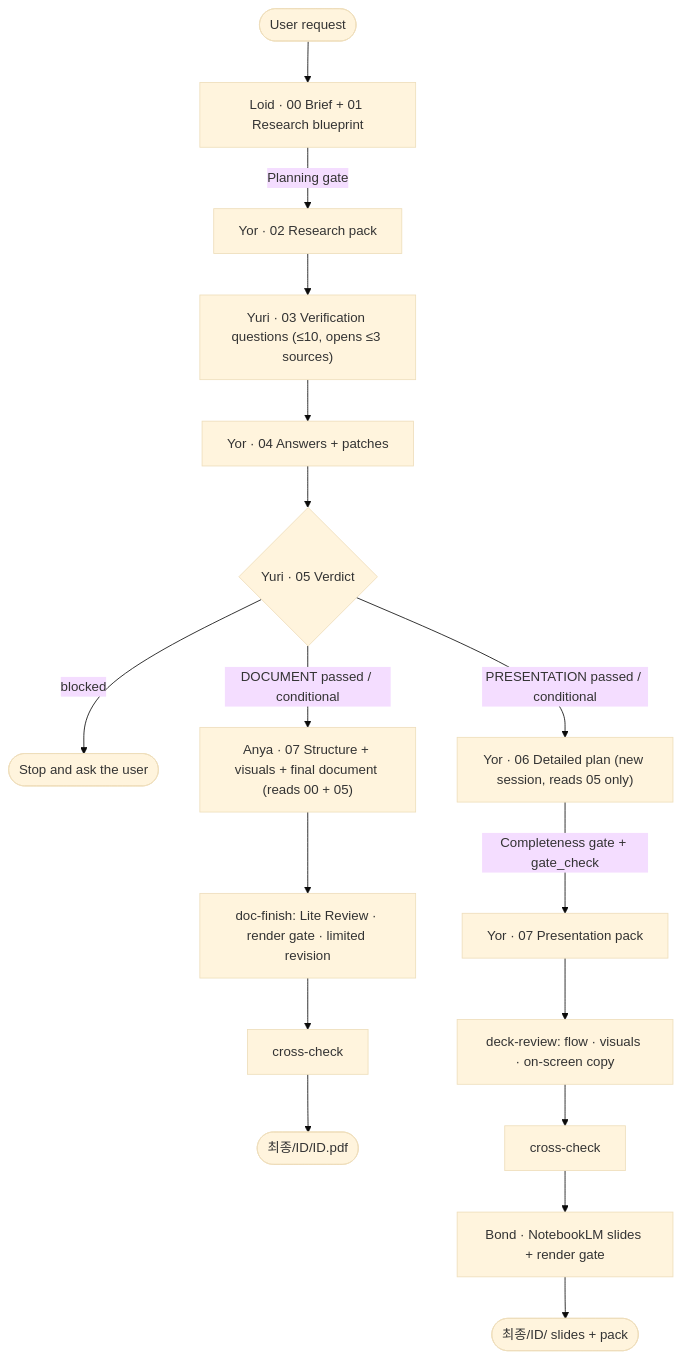
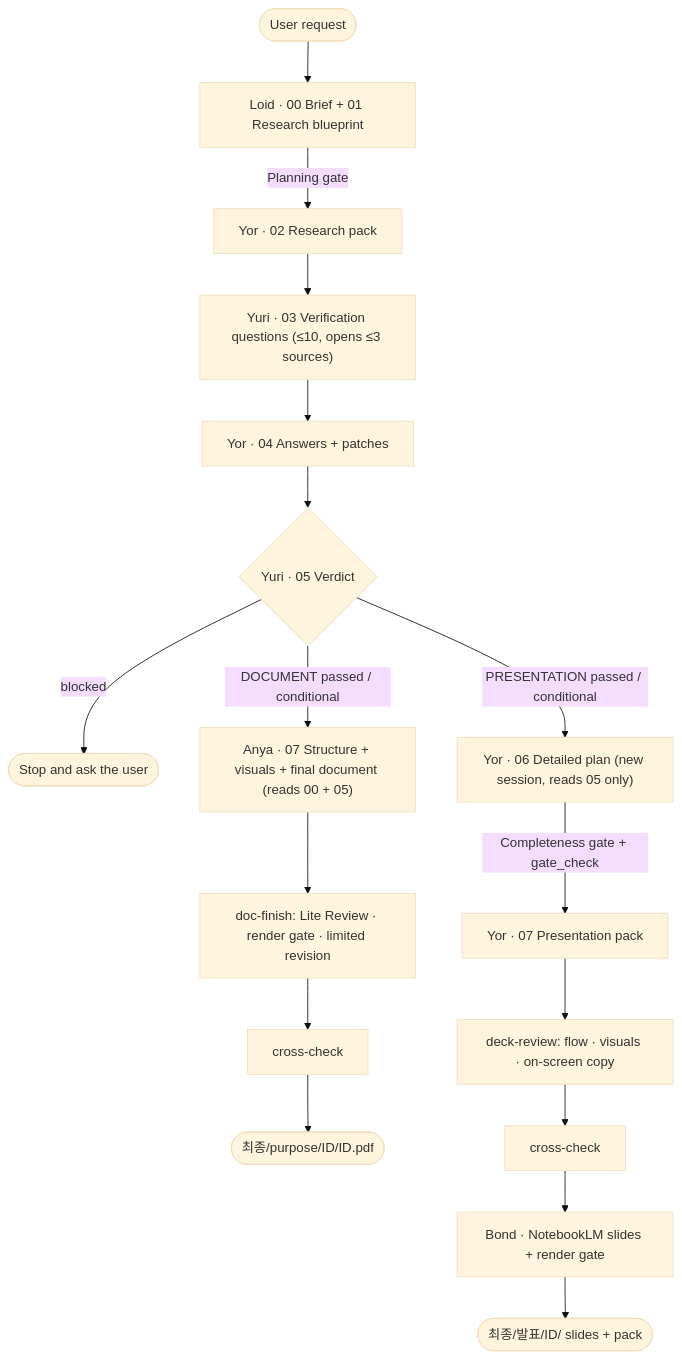
The diagram in README.md (jeon9hy/DocuMaster), drawn with Mermaid (base theme) before and after one commit. The commit also changed other lines of this file and 7 other files, not shown here.

````diff
--- a/README.md
+++ b/README.md
@@ -38,17 +39,17 @@
 ```mermaid
 flowchart TD
     U([User request]) --> P["Loid · 00 Brief + 01 Research blueprint"]
     P -->|Planning gate| R["Yor · 02 Research pack"]
     R --> Q["Yuri · 03 Verification questions (≤10, opens ≤3 sources)"]
     Q --> A["Yor · 04 Answers + patches"]
     A --> V{"Yuri · 05 Verdict"}
     V -->|blocked| STOP([Stop and ask the user])
     V -->|DOCUMENT passed / conditional| W["Anya · 07 Structure + visuals + final document (reads 00 + 05)"]
     W --> F["doc-finish: Lite Review · render gate · limited revision"]
-    F --> X1["cross-check"] --> OUT1([최종/ID/ID.pdf])
+    F --> X1["cross-check"] --> OUT1([최종/purpose/ID/ID.pdf])
 
     V -->|PRESENTATION passed / conditional| D["Yor · 06 Detailed plan (new session, reads 05 only)"]
     D -->|Completeness gate + gate_check| PK["Yor · 07 Presentation pack"]
     PK --> DR["deck-review: flow · visuals · on-screen copy"]
-    DR --> X2["cross-check"] --> NB["Bond · NotebookLM slides + render gate"] --> OUT2([최종/ID/ slides + pack])
+    DR --> X2["cross-check"] --> NB["Bond · NotebookLM slides + render gate"] --> OUT2([최종/발표/ID/ slides + pack])
 ```
````
